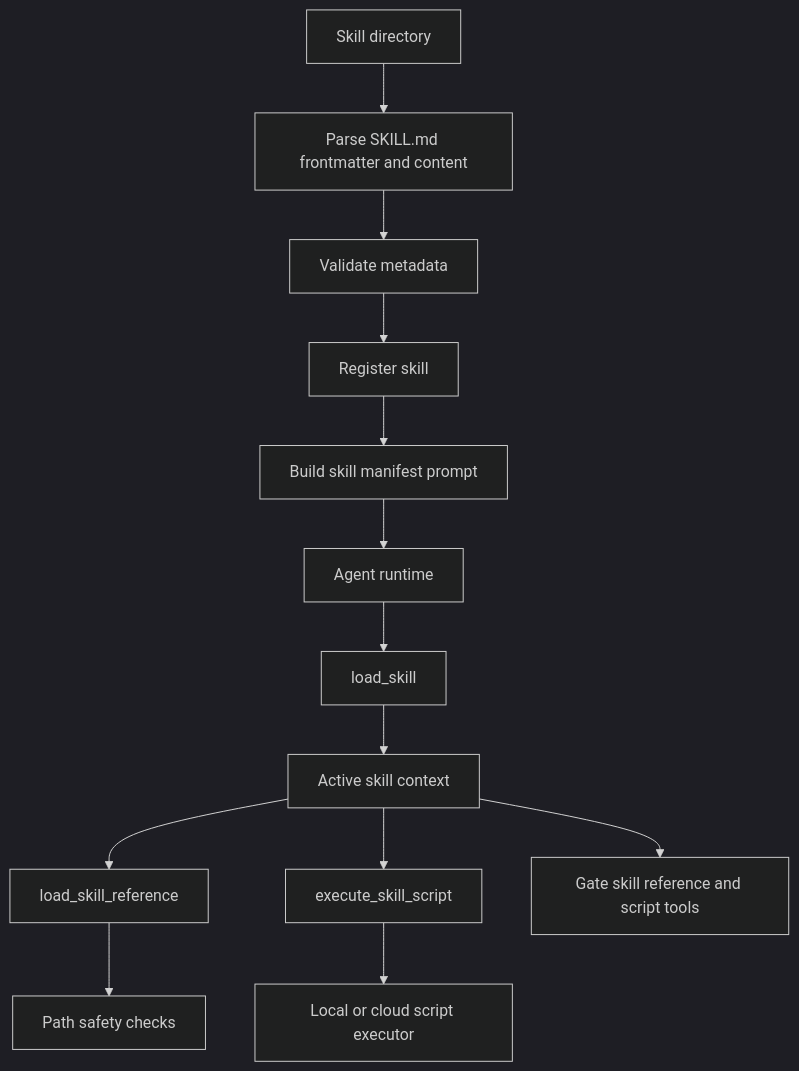
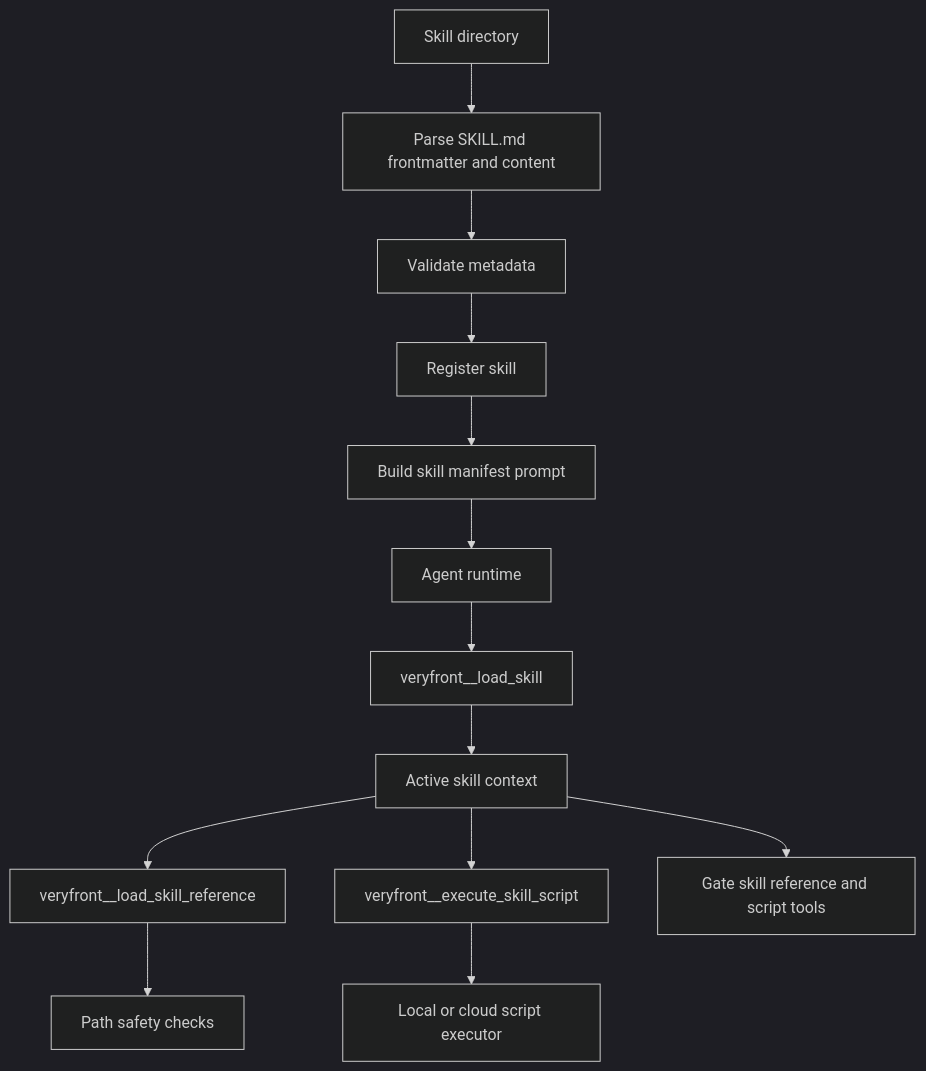
The third of 3 diagrams in docs/architecture/05-agent-runtime.md (veryfront/veryfront-code), drawn with Mermaid (dark theme) before and after one commit. The commit also changed other lines of this file and 26 other files, not shown here.

````diff
--- a/docs/architecture/05-agent-runtime.md
+++ b/docs/architecture/05-agent-runtime.md
@@ -131,15 +131,15 @@
 ```mermaid
 flowchart TD
   skillDir[Skill directory] --> parse[Parse SKILL.md frontmatter and content]
   parse --> validate[Validate metadata]
   validate --> registry[Register skill]
   registry --> manifest[Build skill manifest prompt]
   manifest --> agent[Agent runtime]
-  agent --> load[load_skill]
+  agent --> load[veryfront__load_skill]
   load --> active[Active skill context]
-  active --> reference[load_skill_reference]
-  active --> script[execute_skill_script]
+  active --> reference[veryfront__load_skill_reference]
+  active --> script[veryfront__execute_skill_script]
   active --> gate[Gate skill reference and script tools]
   reference --> safety[Path safety checks]
   script --> executor[Local or cloud script executor]
 ```
````
